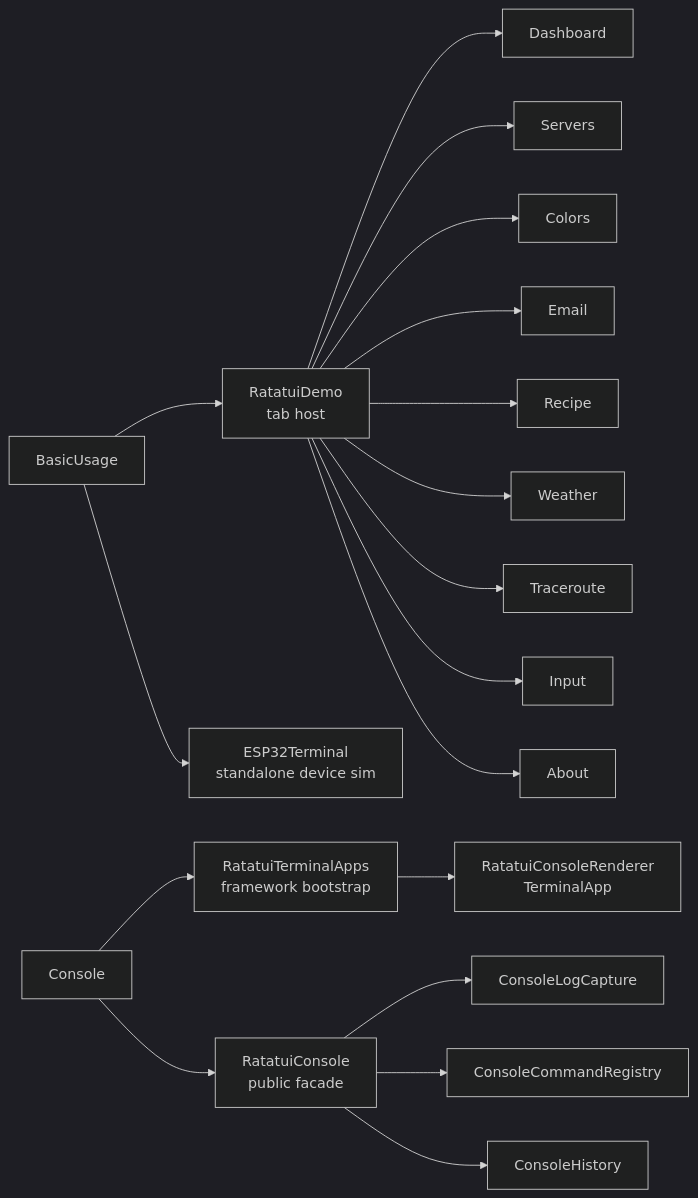
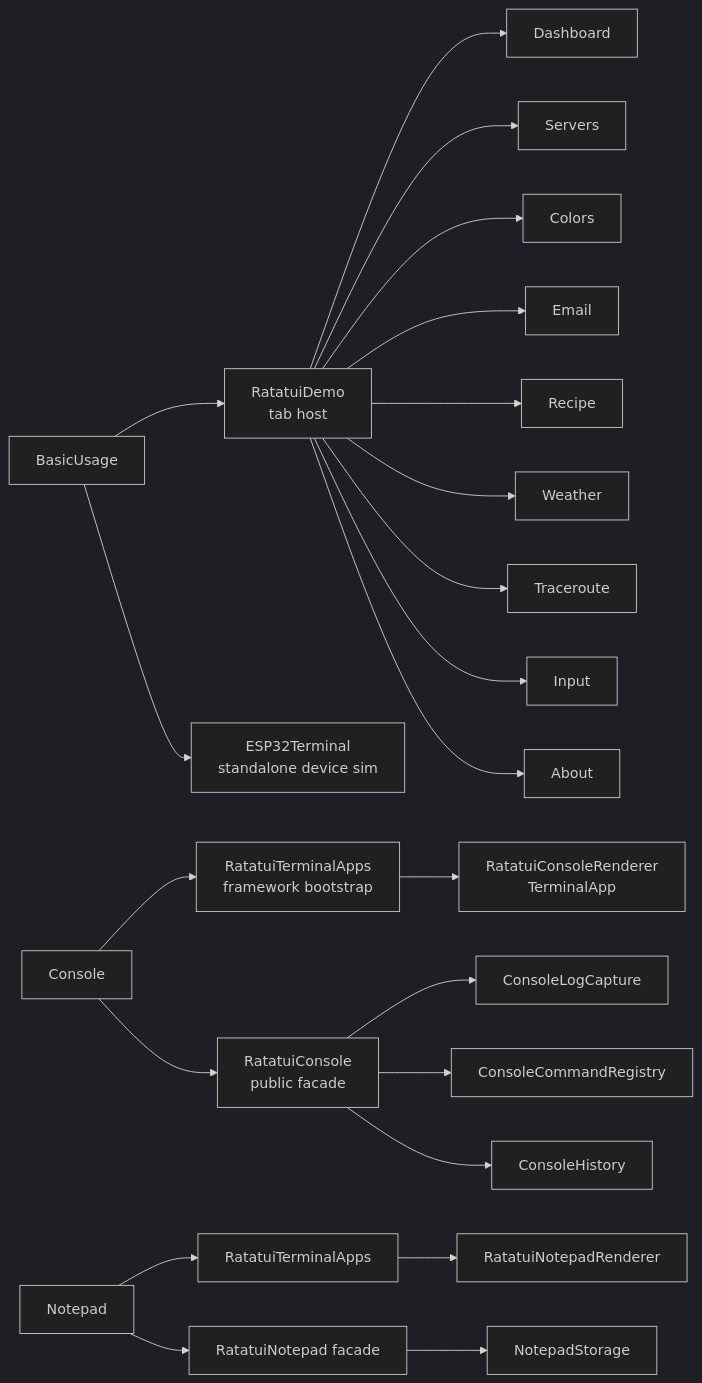
One commit to farukcan/ratatui-unity changed the diagram in docs/articles/samples-overview.md. Above: the diagram before and after it, drawn with Mermaid (dark theme). The commit also changed other lines of this file and 4 other files, not shown here.

````diff
--- a/docs/articles/samples-overview.md
+++ b/docs/articles/samples-overview.md
@@ -14,21 +15,26 @@
 ```mermaid
 graph LR
     A[BasicUsage] --> A1[RatatuiDemo<br/>tab host]
     A1 --> A2[Dashboard]
     A1 --> A3[Servers]
     A1 --> A4[Colors]
     A1 --> A5[Email]
     A1 --> A6[Recipe]
     A1 --> A7[Weather]
     A1 --> A8[Traceroute]
     A1 --> A9[Input]
     A1 --> A10[About]
     A --> B[ESP32Terminal<br/>standalone device sim]
 
     C[Console] --> C0[RatatuiTerminalApps<br/>framework bootstrap]
     C0 --> C5[RatatuiConsoleRenderer<br/>TerminalApp]
     C --> C1[RatatuiConsole<br/>public facade]
     C1 --> C2[ConsoleLogCapture]
     C1 --> C3[ConsoleCommandRegistry]
     C1 --> C4[ConsoleHistory]
+
+    D[Notepad] --> D0[RatatuiTerminalApps]
+    D0 --> D1[RatatuiNotepadRenderer]
+    D --> D2[RatatuiNotepad facade]
+    D2 --> D3[NotepadStorage]
 ```
````
